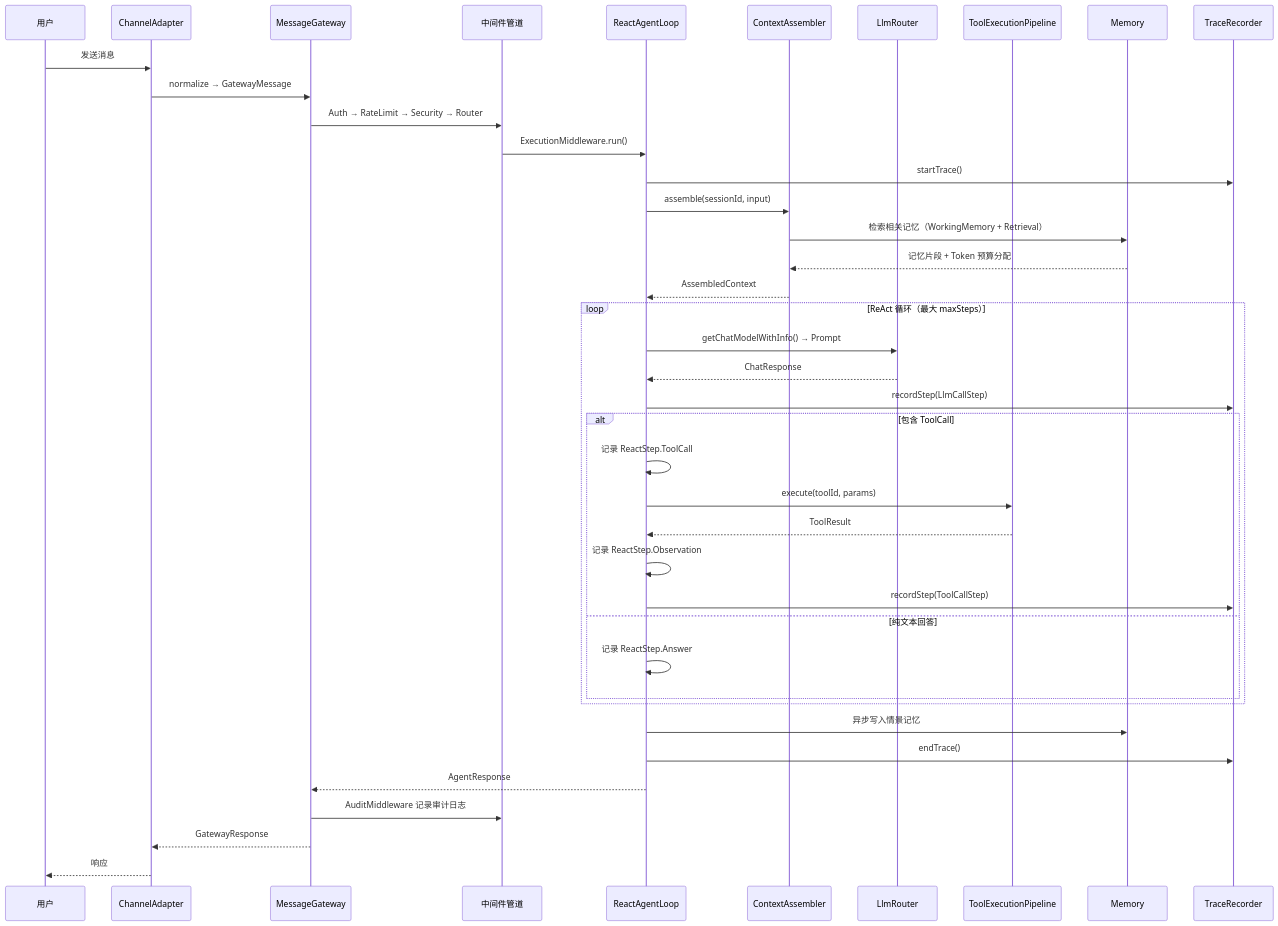
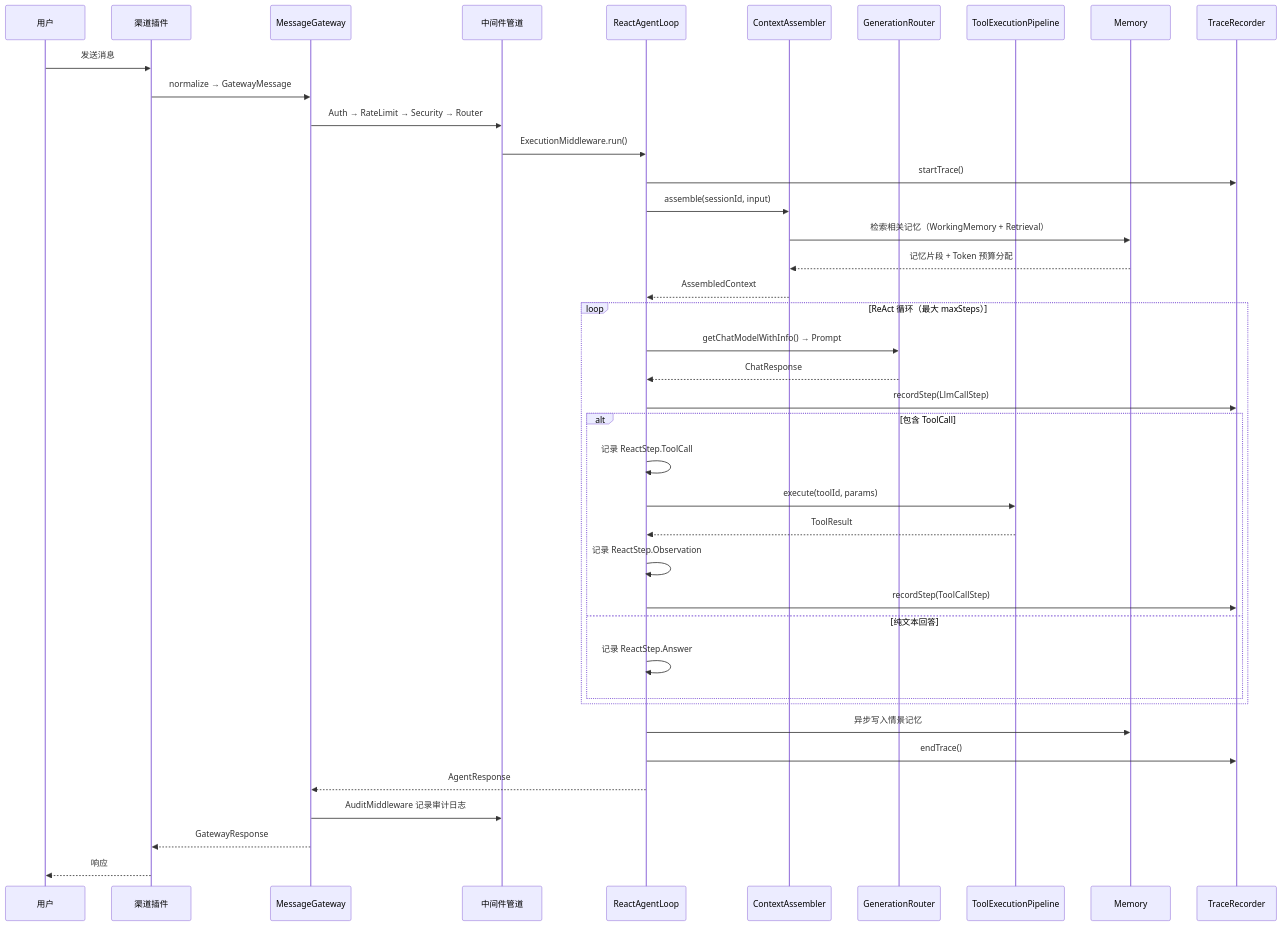
Before and after one commit to ntygod/LifePilot: the third of 35 diagrams in ARCHITECTURE-DIAGRAMS.md, drawn with Mermaid. The commit also changed other lines of this file and 46 other files, not shown here.

````diff
--- a/ARCHITECTURE-DIAGRAMS.md
+++ b/ARCHITECTURE-DIAGRAMS.md
@@ -179,47 +178,47 @@
 ```mermaid
 sequenceDiagram
     participant User as 用户
-    participant CH as ChannelAdapter
+    participant CH as 渠道插件
     participant GW as MessageGateway
     participant MW as 中间件管道
     participant Agent as ReactAgentLoop
     participant Ctx as ContextAssembler
-    participant LLM as LlmRouter
+    participant LLM as GenerationRouter
     participant Tool as ToolExecutionPipeline
     participant Mem as Memory
     participant Trace as TraceRecorder
 
     User->>CH: 发送消息
     CH->>GW: normalize → GatewayMessage
     GW->>MW: Auth → RateLimit → Security → Router
     MW->>Agent: ExecutionMiddleware.run()
     
     Agent->>Trace: startTrace()
     Agent->>Ctx: assemble(sessionId, input)
     Ctx->>Mem: 检索相关记忆（WorkingMemory + Retrieval）
     Mem-->>Ctx: 记忆片段 + Token 预算分配
     Ctx-->>Agent: AssembledContext
 
     loop ReAct 循环（最大 maxSteps）
         Agent->>LLM: getChatModelWithInfo() → Prompt
         LLM-->>Agent: ChatResponse
         Agent->>Trace: recordStep(LlmCallStep)
         
         alt 包含 ToolCall
             Agent->>Agent: 记录 ReactStep.ToolCall
             Agent->>Tool: execute(toolId, params)
             Tool-->>Agent: ToolResult
             Agent->>Agent: 记录 ReactStep.Observation
             Agent->>Trace: recordStep(ToolCallStep)
         else 纯文本回答
             Agent->>Agent: 记录 ReactStep.Answer
         end
     end
 
     Agent->>Mem: 异步写入情景记忆
     Agent->>Trace: endTrace()
     Agent-->>GW: AgentResponse
     GW->>MW: AuditMiddleware 记录审计日志
     GW-->>CH: GatewayResponse
     CH-->>User: 响应
 ```
````
